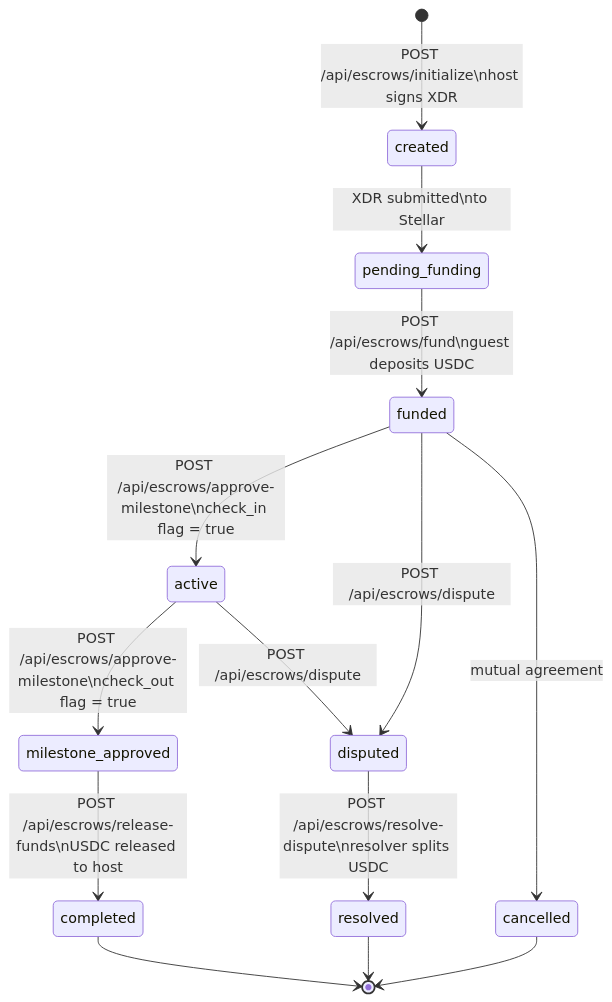
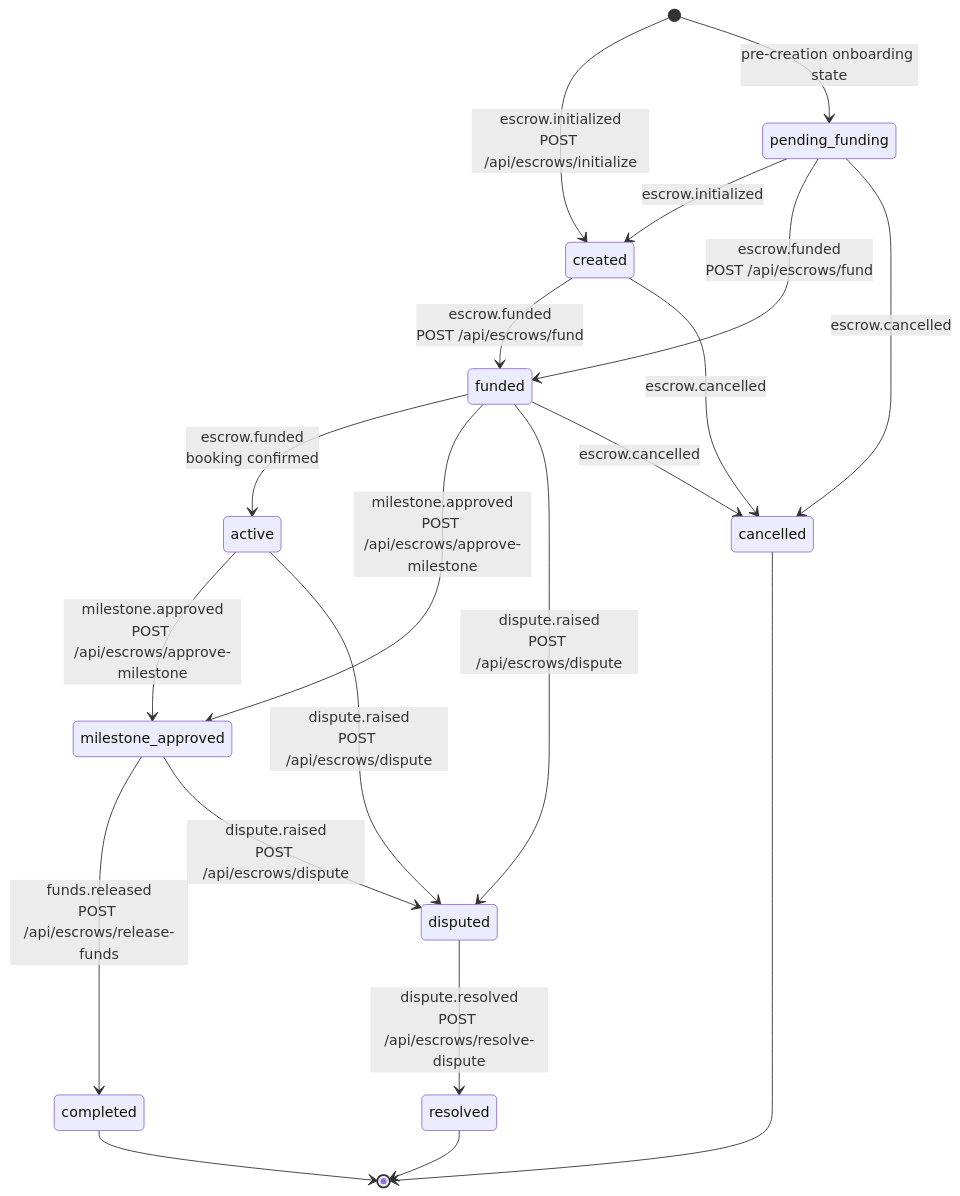
One commit to safetrustcr/backend-SafeTrust changed the first of 3 diagrams in docs/stellar/escrow-lifecycle.md. Above: the diagram before and after it, drawn with Mermaid. The commit also changed other lines of this file, not shown here.

Commit message:
docs(escrow): apply CodeRabbit review feedback

````diff
--- a/docs/stellar/escrow-lifecycle.md
+++ b/docs/stellar/escrow-lifecycle.md
@@ -9,24 +23,31 @@
 ```mermaid
 stateDiagram-v2
-    [*] --> created : POST /api/escrows/initialize\nhost signs XDR
+    [*] --> created : escrow.initialized<br/>POST /api/escrows/initialize
+    [*] --> pending_funding : pre-creation onboarding state
 
-    created --> pending_funding : XDR submitted\nto Stellar
+    pending_funding --> created : escrow.initialized
 
-    pending_funding --> funded : POST /api/escrows/fund\nguest deposits USDC
+    created --> funded : escrow.funded<br/>POST /api/escrows/fund
+    pending_funding --> funded : escrow.funded<br/>POST /api/escrows/fund
 
-    funded --> active : POST /api/escrows/approve-milestone\ncheck_in flag = true
+    funded --> active : escrow.funded<br/>booking confirmed
 
-    active --> milestone_approved : POST /api/escrows/approve-milestone\ncheck_out flag = true
+    funded --> milestone_approved : milestone.approved<br/>POST /api/escrows/approve-milestone
+    active --> milestone_approved : milestone.approved<br/>POST /api/escrows/approve-milestone
 
-    milestone_approved --> completed : POST /api/escrows/release-funds\nUSDC released to host
+    milestone_approved --> completed : funds.released<br/>POST /api/escrows/release-funds
 
-    funded --> disputed : POST /api/escrows/dispute
-    active --> disputed : POST /api/escrows/dispute
+    funded --> disputed : dispute.raised<br/>POST /api/escrows/dispute
+    active --> disputed : dispute.raised<br/>POST /api/escrows/dispute
+    milestone_approved --> disputed : dispute.raised<br/>POST /api/escrows/dispute
 
-    disputed --> resolved : POST /api/escrows/resolve-dispute\nresolver splits USDC
+    disputed --> resolved : dispute.resolved<br/>POST /api/escrows/resolve-dispute
 
-    funded --> cancelled : mutual agreement
+    created --> cancelled : escrow.cancelled
+    pending_funding --> cancelled : escrow.cancelled
+    funded --> cancelled : escrow.cancelled
+
     completed --> [*]
     resolved --> [*]
     cancelled --> [*]
 ```
````
